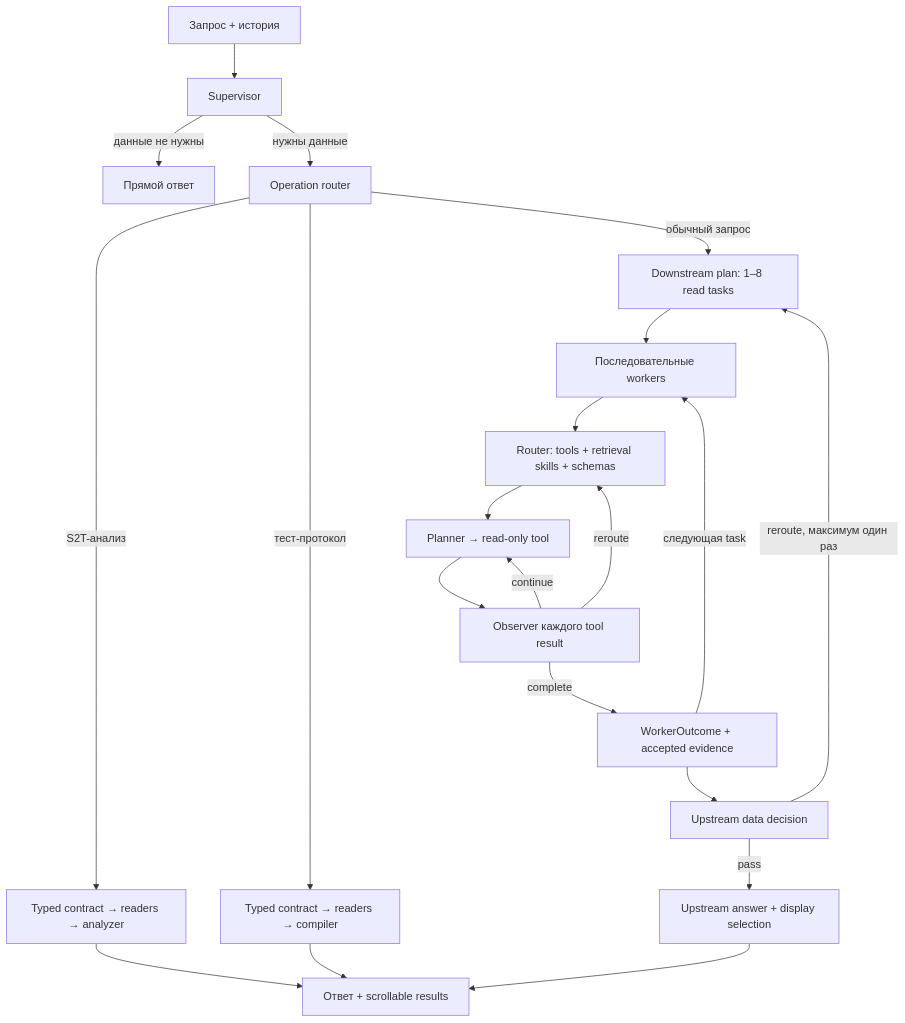
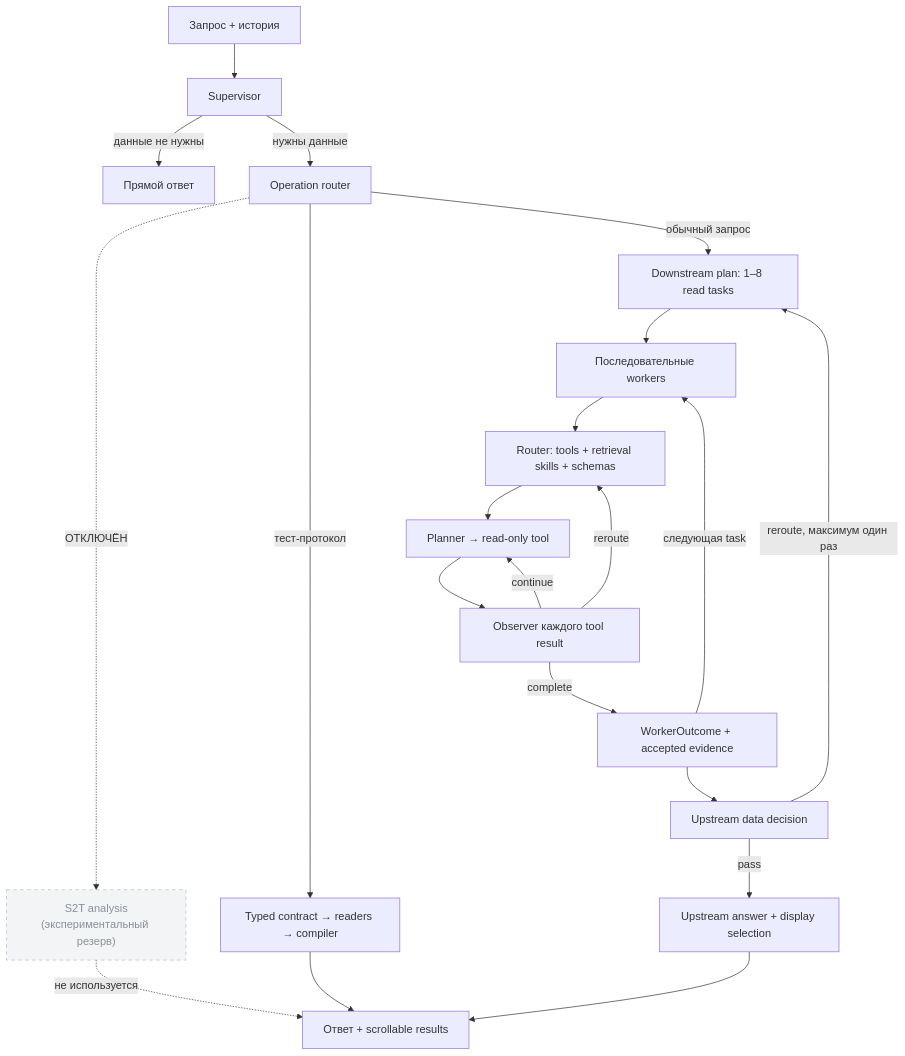
The second of 2 diagrams in README.md (Sasyami/ETL-S2T-Parser), drawn with Mermaid before and after one commit.

Commit message:
docs: dim disabled s2t analysis in diagram

````diff
--- a/README.md
+++ b/README.md
@@ -60,23 +60,24 @@
 ```mermaid
 flowchart TD
     Q["Запрос + история"] --> S["Supervisor"]
     S -->|данные не нужны| A["Прямой ответ"]
     S -->|нужны данные| OR["Operation router"]
     OR -->|обычный запрос| C["Downstream plan: 1–8 read tasks"]
     C --> W["Последовательные workers"]
     W --> R["Router: tools + retrieval skills + schemas"]
     R --> P["Planner → read-only tool"]
     P --> O["Observer каждого tool result"]
     O -->|continue| P
     O -->|reroute| R
     O -->|complete| F["WorkerOutcome + accepted evidence"]
     F -->|следующая task| W
     F --> U["Upstream data decision"]
     U -->|reroute, максимум один раз| C
     U -->|pass| UA["Upstream answer + display selection"]
-    OR -->|S2T-анализ| SC["Typed contract → readers → analyzer"]
+    OR -.->|ОТКЛЮЧЁН| SC["S2T analysis<br/>(экспериментальный резерв)"]
     OR -->|тест-протокол| VC["Typed contract → readers → compiler"]
-    SC --> UI["Ответ + scrollable results"]
+    SC -.->|не используется| UI["Ответ + scrollable results"]
     VC --> UI
     UA --> UI
+    style SC fill:#f3f4f6,stroke:#b6bbc3,color:#8a9099,stroke-width:1px,stroke-dasharray:5 5
 ```
````
